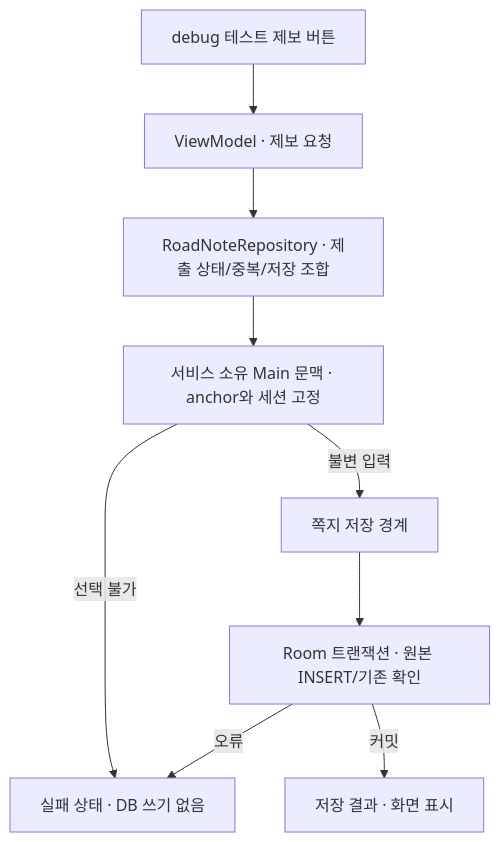
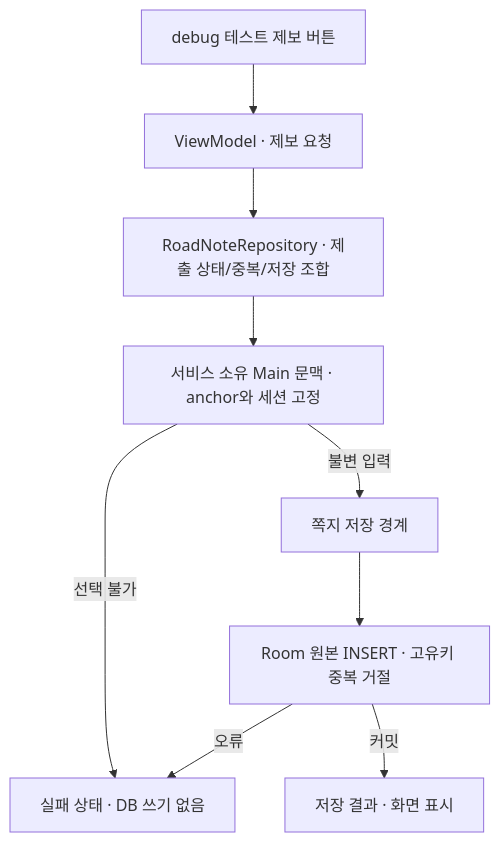
The diagram in docs/specs/road-notes/03-save-road-note.md (jin-kim-240204/hyundai-and-gretel), drawn with Mermaid before and after one commit. The commit also changed other lines of this file and 1 other file, not shown here.

````diff
--- a/docs/specs/road-notes/03-save-road-note.md
+++ b/docs/specs/road-notes/03-save-road-note.md
@@ -26,11 +26,11 @@
 ```mermaid
 flowchart TD
     View[debug 테스트 제보 버튼] --> VM[ViewModel · 제보 요청]
     VM --> Repo[RoadNoteRepository · 제출 상태/중복/저장 조합]
     Repo --> Capture[서비스 소유 Main 문맥 · anchor와 세션 고정]
     Capture -->|선택 불가| Fail[실패 상태 · DB 쓰기 없음]
     Capture -->|불변 입력| Store[쪽지 저장 경계]
-    Store --> Tx[Room 트랜잭션 · 원본 INSERT/기존 확인]
+    Store --> Tx[Room 원본 INSERT · 고유키 중복 거절]
     Tx -->|커밋| Success[저장 결과 · 화면 표시]
     Tx -->|오류| Fail
 ```
````
